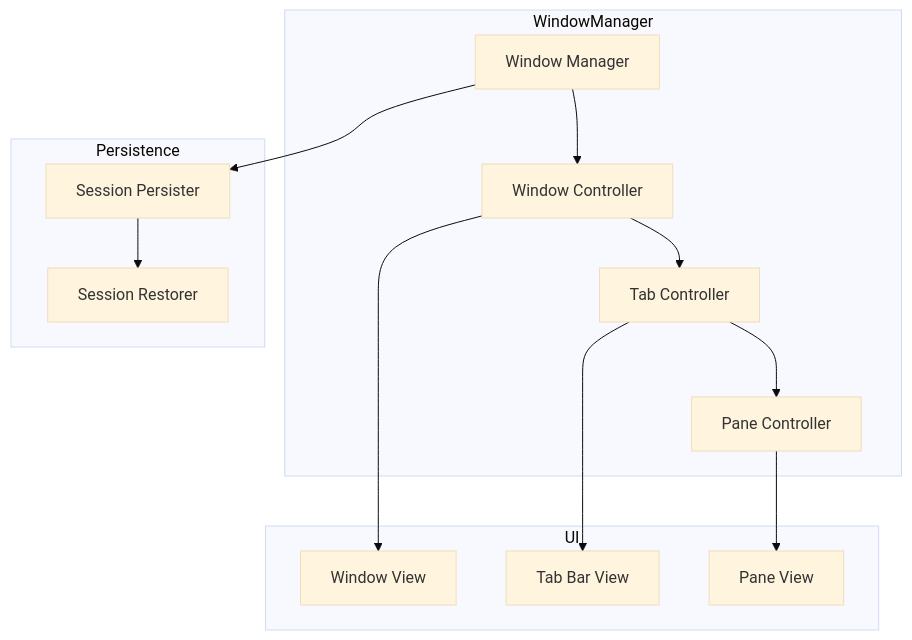
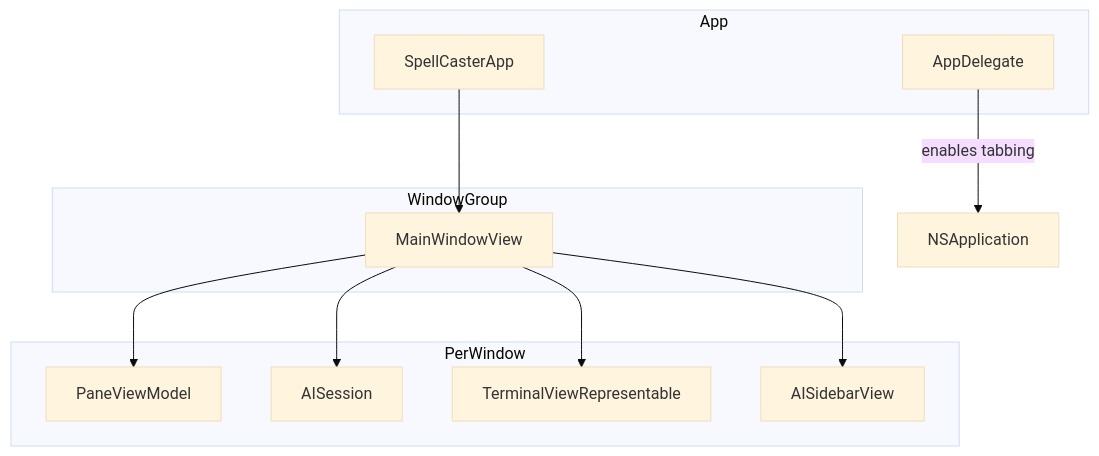
One commit to Singularity-Coder/Spell-Caster changed the diagram in spellcaster/docs/architecture/05-window-management.md. Above: the diagram before and after it, drawn with Mermaid (base theme). The commit also changed other lines of this file and 2 other files, not shown here.

````diff
--- a/spellcaster/docs/architecture/05-window-management.md
+++ b/spellcaster/docs/architecture/05-window-management.md
@@ -9,29 +21,25 @@
 ```mermaid
 graph TB
-    subgraph WindowManager
-        WM[Window Manager]
-        WC[Window Controller]
-        TC[Tab Controller]
-        PC[Pane Controller]
+    subgraph App
+        SC[SpellCasterApp]
+        AD[AppDelegate]
     end
     
-    subgraph Persistence
-        SP[Session Persister]
-        SR[Session Restorer]
+    subgraph WindowGroup
+        MWV[MainWindowView]
     end
     
-    subgraph UI
-        WV[Window View]
-        TV[Tab Bar View]
-        PV[Pane View]
+    subgraph PerWindow
+        PVM[PaneViewModel]
+        AIS[AISession]
+        TVR[TerminalViewRepresentable]
+        ASV[AISidebarView]
     end
     
-    WM --> WC
-    WC --> TC
-    TC --> PC
-    WM --> SP
-    SP --> SR
-    WC --> WV
-    TC --> TV
-    PC --> PV
+    SC --> MWV
+    AD --> |enables tabbing| NSApp[NSApplication]
+    MWV --> PVM
+    MWV --> AIS
+    MWV --> TVR
+    MWV --> ASV
 ```
````
